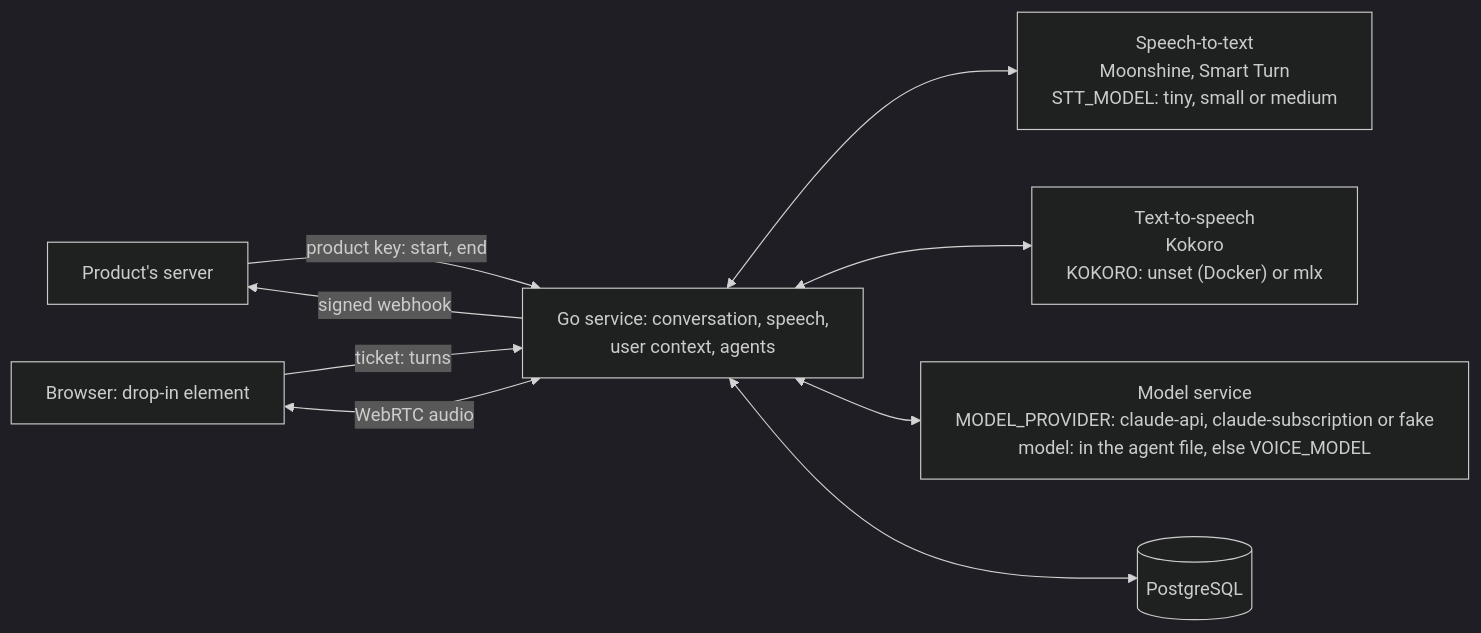
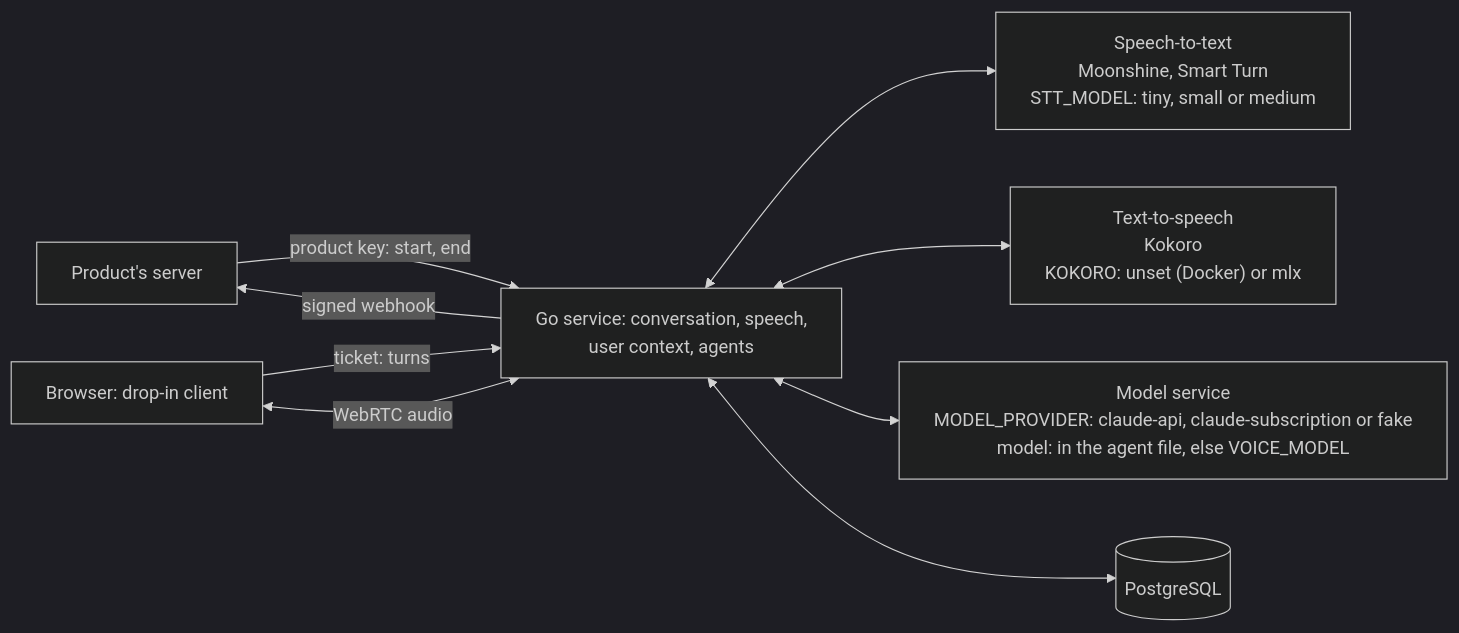
The diagram in README.md (mikaclements/voice-guide), drawn with Mermaid (dark theme) before and after one commit. The commit also changed other lines of this file, not shown here.

First line of the commit message:
docs(readme): call it the drop-in client, as the terminology does

````diff
--- a/README.md
+++ b/README.md
@@ -20,12 +20,12 @@
 ```mermaid
 %%{init: {"flowchart": {"wrappingWidth": 480}}}%%
 flowchart LR
     P[Product's server] -- product key: start, end --> G
-    B[Browser: drop-in element] -- ticket: turns --> G[Go service: conversation, speech,<br/>user context, agents]
+    B[Browser: drop-in client] -- ticket: turns --> G[Go service: conversation, speech,<br/>user context, agents]
     B <-- WebRTC audio --> G
     G -- signed webhook --> P
     G <--> STT["Speech-to-text<br/>Moonshine, Smart Turn<br/>STT_MODEL: tiny, small or medium"]
     G <--> TTS["Text-to-speech<br/>Kokoro<br/>KOKORO: unset (Docker) or mlx"]
     G <--> M["Model service<br/>MODEL_PROVIDER: claude-api, claude-subscription or fake<br/>model: in the agent file, else VOICE_MODEL"]
     G <--> DB[(PostgreSQL)]
 ```
````
